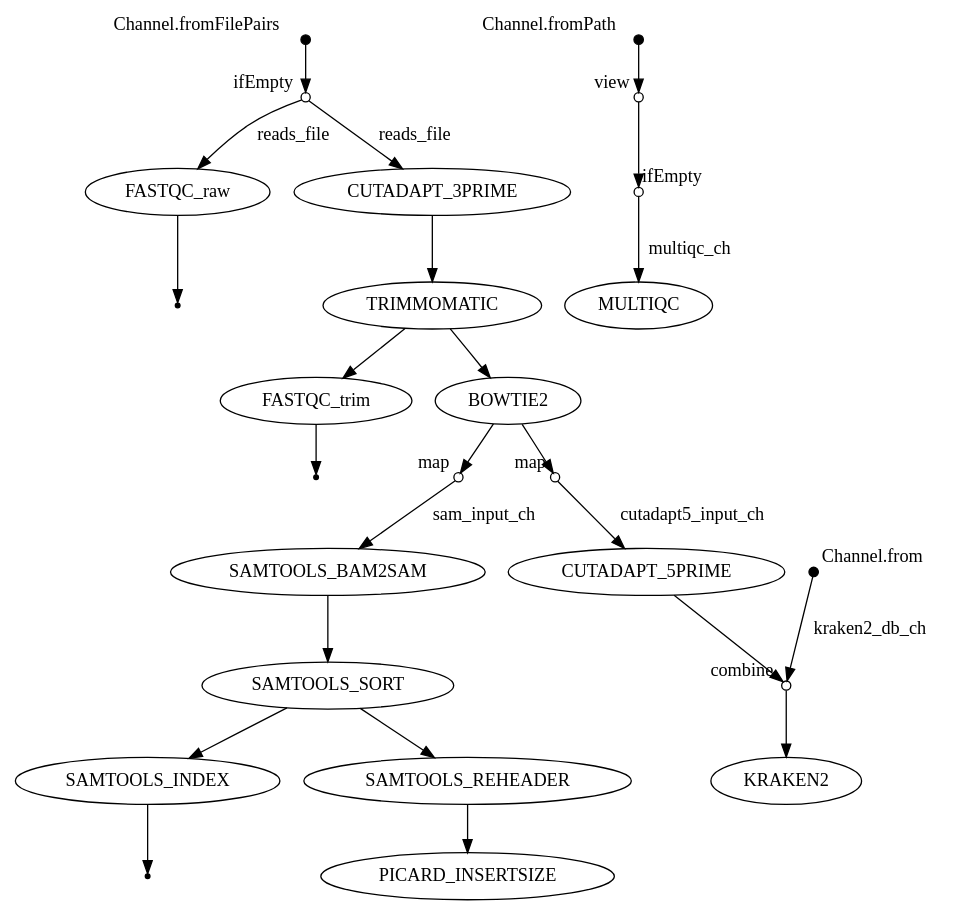
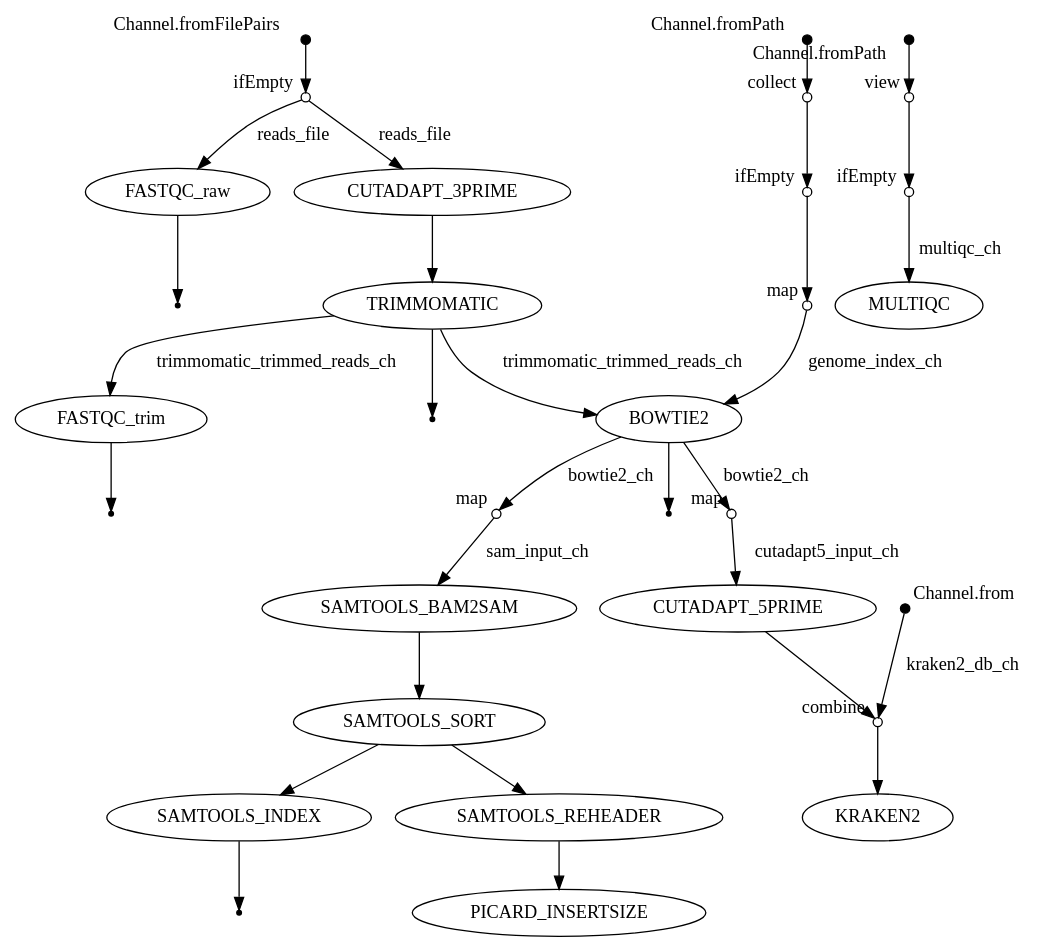
The diagram in flow.dot (bridlin/WGS_metagenomic_nextflow), drawn with Graphviz before and after one commit. The commit also changed 8 other files, not shown here.

```diff
--- a/flow.dot
+++ b/flow.dot
@@ -1,94 +1,118 @@
 digraph "flow" {
 v0 [shape=point,label="",fixedsize=true,width=0.1,xlabel="Channel.fromFilePairs"];
 v1 [shape=circle,label="",fixedsize=true,width=0.1,xlabel="ifEmpty"];
 v0 -> v1;
 
 v1 [shape=circle,label="",fixedsize=true,width=0.1,xlabel="ifEmpty"];
 v2 [label="FASTQC_raw"];
 v1 -> v2 [label="reads_file"];
 
 v2 [label="FASTQC_raw"];
 v3 [shape=point];
 v2 -> v3;
 
 v1 [shape=circle,label="",fixedsize=true,width=0.1,xlabel="ifEmpty"];
 v4 [label="CUTADAPT_3PRIME"];
 v1 -> v4 [label="reads_file"];
 
 v4 [label="CUTADAPT_3PRIME"];
 v5 [label="TRIMMOMATIC"];
 v4 -> v5;
 
 v5 [label="TRIMMOMATIC"];
-v6 [label="FASTQC_trim"];
+v7 [label="FASTQC_trim"];
+v5 -> v7 [label="trimmomatic_trimmed_reads_ch"];
+
+v5 [label="TRIMMOMATIC"];
+v6 [shape=point];
 v5 -> v6;
 
-v6 [label="FASTQC_trim"];
-v7 [shape=point];
-v6 -> v7;
+v7 [label="FASTQC_trim"];
+v8 [shape=point];
+v7 -> v8;
+
+v9 [shape=point,label="",fixedsize=true,width=0.1,xlabel="Channel.fromPath"];
+v10 [shape=circle,label="",fixedsize=true,width=0.1,xlabel="collect"];
+v9 -> v10;
+
+v10 [shape=circle,label="",fixedsize=true,width=0.1,xlabel="collect"];
+v11 [shape=circle,label="",fixedsize=true,width=0.1,xlabel="ifEmpty"];
+v10 -> v11;
+
+v11 [shape=circle,label="",fixedsize=true,width=0.1,xlabel="ifEmpty"];
+v12 [shape=circle,label="",fixedsize=true,width=0.1,xlabel="map"];
+v11 -> v12;
+
+v12 [shape=circle,label="",fixedsize=true,width=0.1,xlabel="map"];
+v13 [label="BOWTIE2"];
+v12 -> v13 [label="genome_index_ch"];
 
 v5 [label="TRIMMOMATIC"];
-v8 [label="BOWTIE2"];
-v5 -> v8;
+v13 [label="BOWTIE2"];
+v5 -> v13 [label="trimmomatic_trimmed_reads_ch"];
 
-v8 [label="BOWTIE2"];
-v9 [shape=circle,label="",fixedsize=true,width=0.1,xlabel="map"];
-v8 -> v9;
+v13 [label="BOWTIE2"];
+v15 [shape=circle,label="",fixedsize=true,width=0.1,xlabel="map"];
+v13 -> v15 [label="bowtie2_ch"];
 
-v9 [shape=circle,label="",fixedsize=true,width=0.1,xlabel="map"];
-v10 [label="SAMTOOLS_BAM2SAM"];
-v9 -> v10 [label="sam_input_ch"];
+v13 [label="BOWTIE2"];
+v14 [shape=point];
+v13 -> v14;
 
-v10 [label="SAMTOOLS_BAM2SAM"];
-v11 [label="SAMTOOLS_SORT"];
-v10 -> v11;
+v15 [shape=circle,label="",fixedsize=true,width=0.1,xlabel="map"];
+v16 [label="SAMTOOLS_BAM2SAM"];
+v15 -> v16 [label="sam_input_ch"];
 
-v11 [label="SAMTOOLS_SORT"];
-v12 [label="SAMTOOLS_INDEX"];
-v11 -> v12;
+v16 [label="SAMTOOLS_BAM2SAM"];
+v17 [label="SAMTOOLS_SORT"];
+v16 -> v17;
 
-v12 [label="SAMTOOLS_INDEX"];
-v13 [shape=point];
-v12 -> v13;
+v17 [label="SAMTOOLS_SORT"];
+v18 [label="SAMTOOLS_INDEX"];
+v17 -> v18;
 
-v11 [label="SAMTOOLS_SORT"];
-v14 [label="SAMTOOLS_REHEADER"];
-v11 -> v14;
+v18 [label="SAMTOOLS_INDEX"];
+v19 [shape=point];
+v18 -> v19;
 
-v14 [label="SAMTOOLS_REHEADER"];
-v15 [label="PICARD_INSERTSIZE"];
-v14 -> v15;
+v17 [label="SAMTOOLS_SORT"];
+v20 [label="SAMTOOLS_REHEADER"];
+v17 -> v20;
 
-v8 [label="BOWTIE2"];
-v16 [shape=circle,label="",fixedsize=true,width=0.1,xlabel="map"];
-v8 -> v16;
+v20 [label="SAMTOOLS_REHEADER"];
+v21 [label="PICARD_INSERTSIZE"];
+v20 -> v21;
 
-v16 [shape=circle,label="",fixedsize=true,width=0.1,xlabel="map"];
-v17 [label="CUTADAPT_5PRIME"];
-v16 -> v17 [label="cutadapt5_input_ch"];
+v13 [label="BOWTIE2"];
+v22 [shape=circle,label="",fixedsize=true,width=0.1,xlabel="map"];
+v13 -> v22 [label="bowtie2_ch"];
 
-v17 [label="CUTADAPT_5PRIME"];
-v19 [shape=circle,label="",fixedsize=true,width=0.1,xlabel="combine"];
-v17 -> v19;
+v22 [shape=circle,label="",fixedsize=true,width=0.1,xlabel="map"];
+v23 [label="CUTADAPT_5PRIME"];
+v22 -> v23 [label="cutadapt5_input_ch"];
 
-v18 [shape=point,label="",fixedsize=true,width=0.1,xlabel="Channel.from"];
-v19 [shape=circle,label="",fixedsize=true,width=0.1,xlabel="combine"];
-v18 -> v19 [label="kraken2_db_ch"];
+v23 [label="CUTADAPT_5PRIME"];
+v25 [shape=circle,label="",fixedsize=true,width=0.1,xlabel="combine"];
+v23 -> v25;
 
-v19 [shape=circle,label="",fixedsize=true,width=0.1,xlabel="combine"];
-v20 [label="KRAKEN2"];
-v19 -> v20;
+v24 [shape=point,label="",fixedsize=true,width=0.1,xlabel="Channel.from"];
+v25 [shape=circle,label="",fixedsize=true,width=0.1,xlabel="combine"];
+v24 -> v25 [label="kraken2_db_ch"];
 
-v21 [shape=point,label="",fixedsize=true,width=0.1,xlabel="Channel.fromPath"];
-v22 [shape=circle,label="",fixedsize=true,width=0.1,xlabel="view"];
-v21 -> v22;
+v25 [shape=circle,label="",fixedsize=true,width=0.1,xlabel="combine"];
+v26 [label="KRAKEN2"];
+v25 -> v26;
 
-v22 [shape=circle,label="",fixedsize=true,width=0.1,xlabel="view"];
-v23 [shape=circle,label="",fixedsize=true,width=0.1,xlabel="ifEmpty"];
-v22 -> v23;
+v27 [shape=point,label="",fixedsize=true,width=0.1,xlabel="Channel.fromPath"];
+v28 [shape=circle,label="",fixedsize=true,width=0.1,xlabel="view"];
+v27 -> v28;
 
-v23 [shape=circle,label="",fixedsize=true,width=0.1,xlabel="ifEmpty"];
-v24 [label="MULTIQC"];
-v23 -> v24 [label="multiqc_ch"];
+v28 [shape=circle,label="",fixedsize=true,width=0.1,xlabel="view"];
+v29 [shape=circle,label="",fixedsize=true,width=0.1,xlabel="ifEmpty"];
+v28 -> v29;
+
+v29 [shape=circle,label="",fixedsize=true,width=0.1,xlabel="ifEmpty"];
+v30 [label="MULTIQC"];
+v29 -> v30 [label="multiqc_ch"];
 
 }
```
